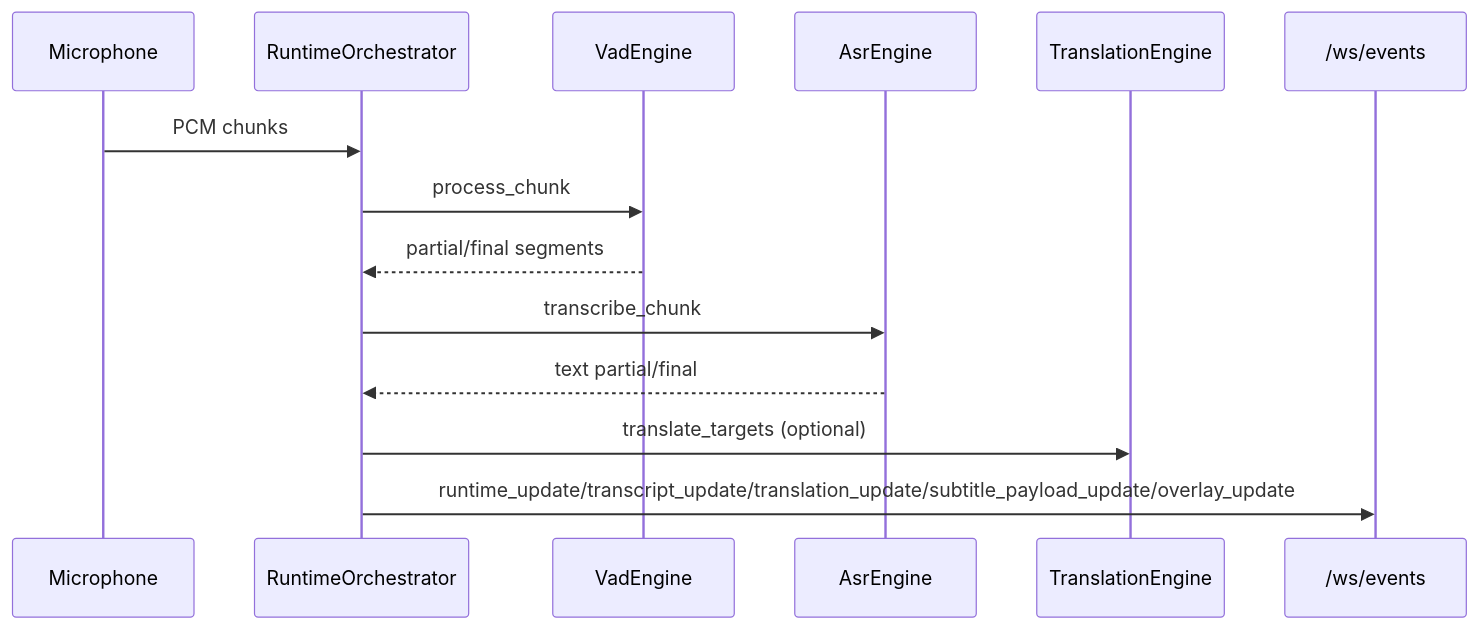
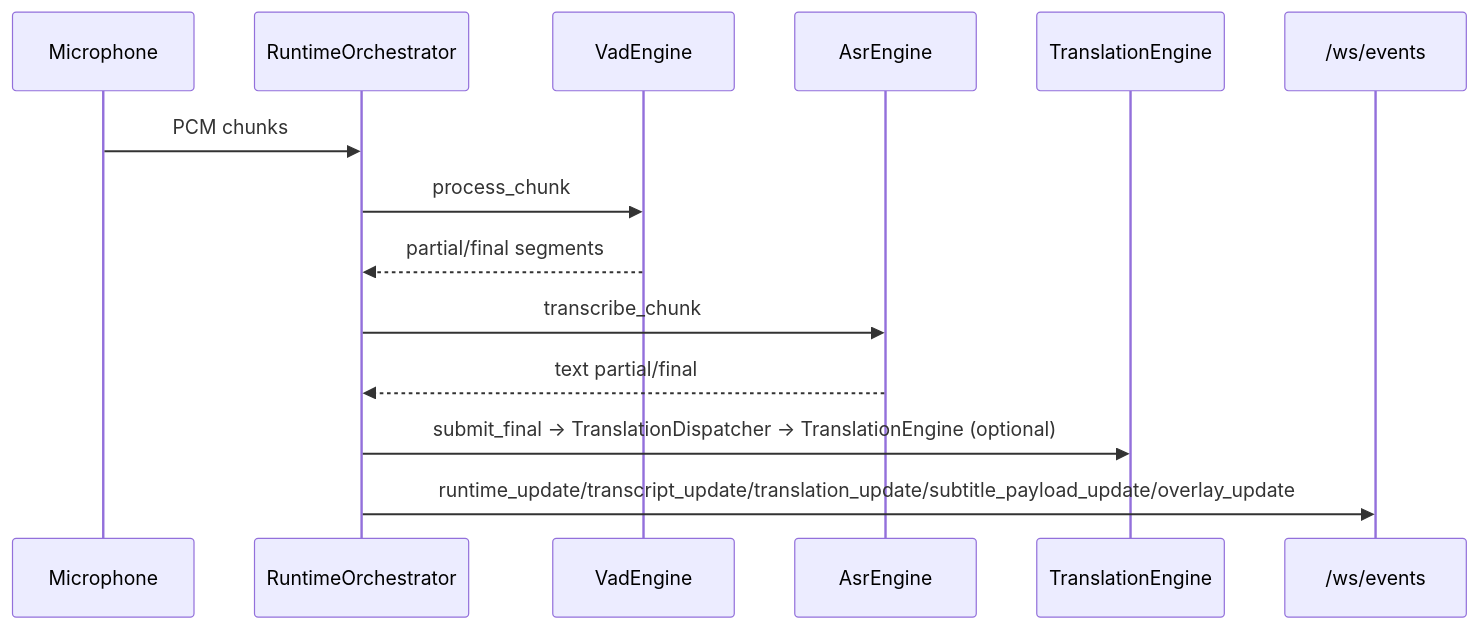
One commit to kiriuru/stream_sub_translator changed the second of 4 diagrams in docs/TECHNICAL_ARCHITECTURE.md. Above: the diagram before and after it, drawn with Mermaid. The commit also changed other lines of this file and 11 other files, not shown here.

````diff
--- a/docs/TECHNICAL_ARCHITECTURE.md
+++ b/docs/TECHNICAL_ARCHITECTURE.md
@@ -120,17 +124,17 @@
 ```mermaid
 sequenceDiagram
   participant Mic as Microphone
   participant Or as RuntimeOrchestrator
   participant VAD as VadEngine
   participant ASR as AsrEngine
   participant TR as TranslationEngine
   participant WS as /ws/events
 
   Mic->>Or: PCM chunks
   Or->>VAD: process_chunk
   VAD-->>Or: partial/final segments
   Or->>ASR: transcribe_chunk
   ASR-->>Or: text partial/final
-  Or->>TR: translate_targets (optional)
+  Or->>TR: submit_final -> TranslationDispatcher -> TranslationEngine (optional)
   Or->>WS: runtime_update/transcript_update/translation_update/subtitle_payload_update/overlay_update
 ```
````
